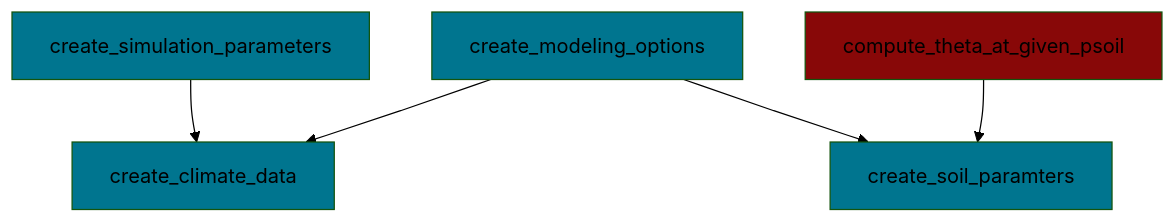
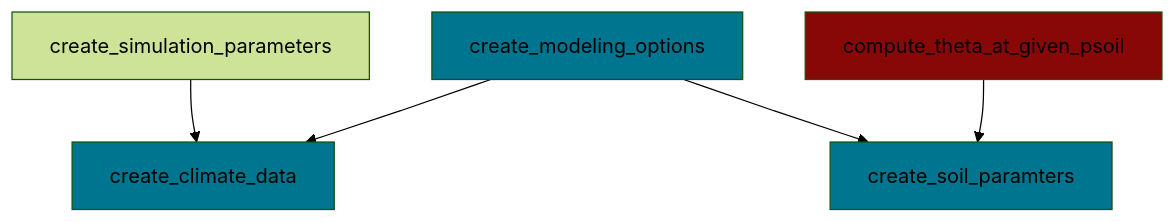
One commit to ecamo19/sureau_ecos_py changed the diagram in README.md. Above: the diagram before and after it, drawn with Mermaid (forest theme).

Commit message:
Adding graph to readme

````diff
--- a/README.md
+++ b/README.md
@@ -22,22 +22,22 @@
 ```mermaid
     graph TD;
 
         create_simulation_parameters-->create_climate_data;
         create_modeling_options-->create_climate_data;
 
 
         create_modeling_options-->create_soil_paramters;
         compute_theta_at_given_psoil-->create_soil_paramters;
 
         %% Blue color boxes ------------------------------------------------------------------
 
         style create_climate_data fill:#00758f
         style create_modeling_options fill:#00758f
-        style create_simulation_parameters fill:#00758f, lineColor': '#F8B229'
+        style create_simulation_parameters fill:#00758f lineColor': '#F8B229'
         style create_soil_paramters fill:#00758f
 
 
         %% Red color boxes --------------------------------------------------------------------
         style compute_theta_at_given_psoil fill:#880808
 
 ```
````
